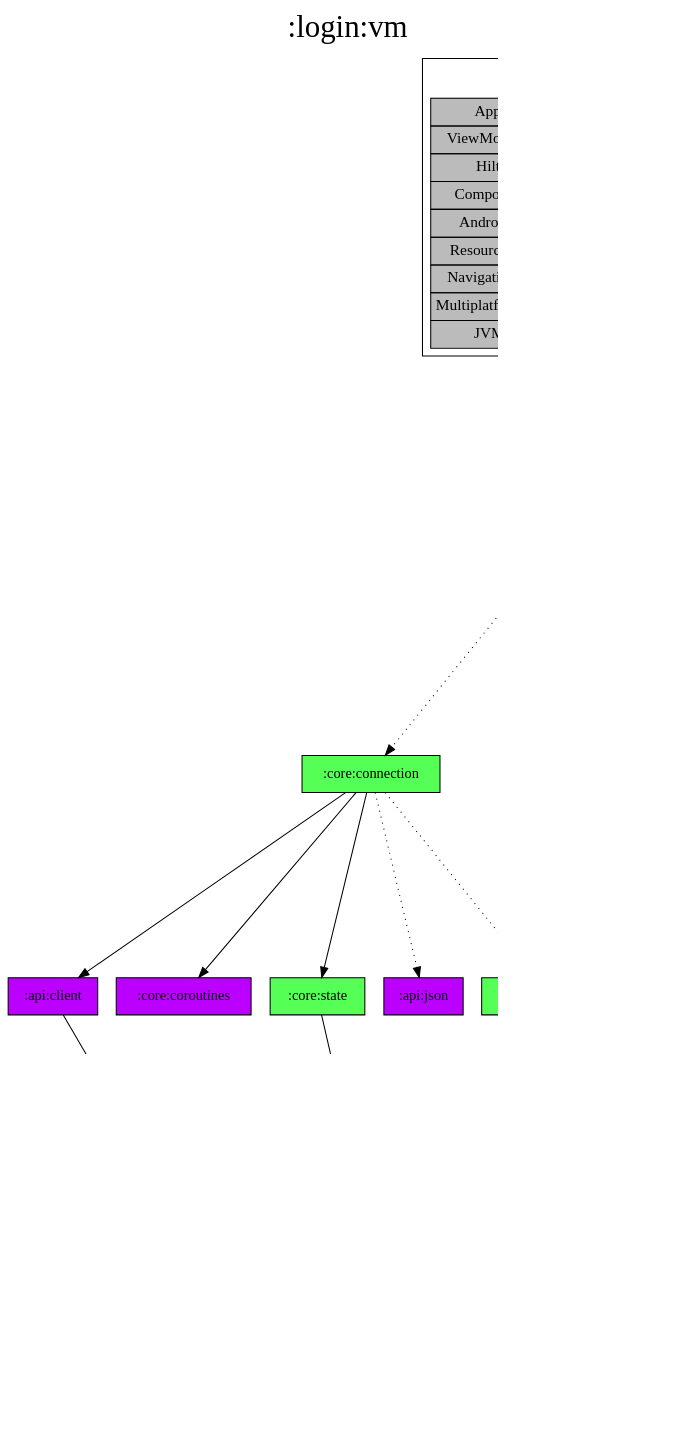
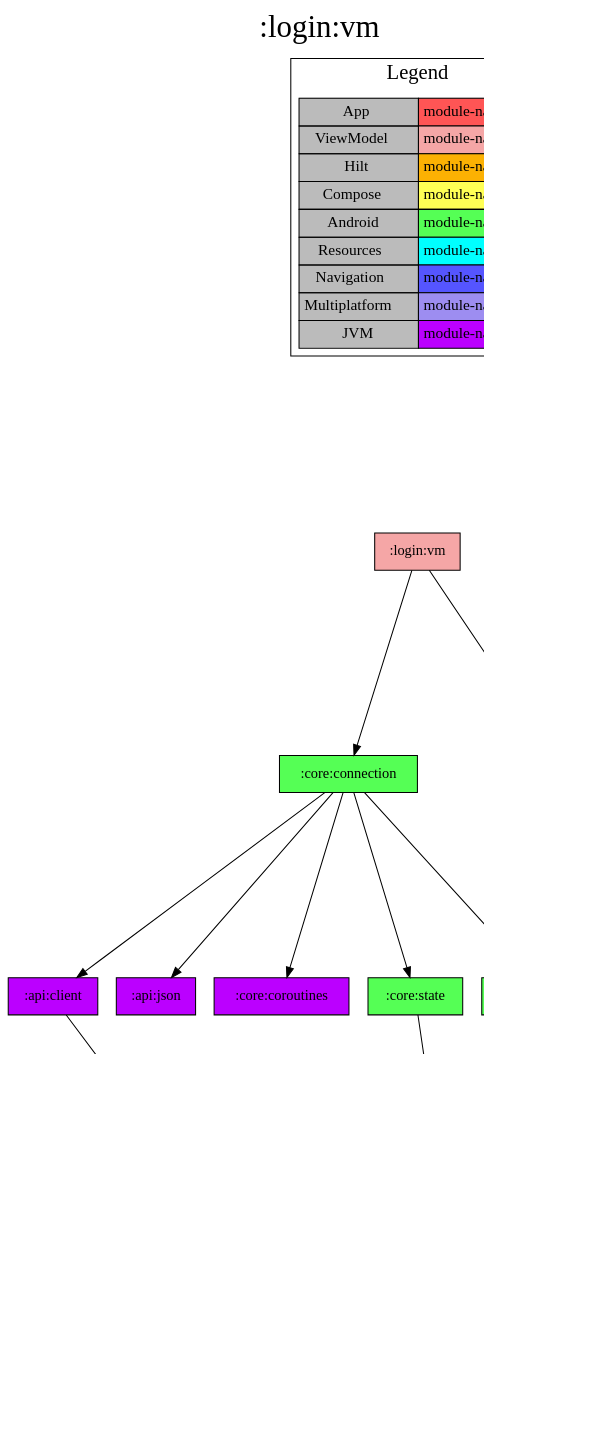
The diagram in modules/login/vm/project-dependency-graph.dot (jonapoul/aktual), drawn with Graphviz before and after one commit. The commit also changed 21 other files, not shown here.

```diff
--- a/modules/login/vm/project-dependency-graph.dot
+++ b/modules/login/vm/project-dependency-graph.dot
@@ -1,49 +1,48 @@
 digraph {
 edge ["dir"="forward"]
 graph ["dpi"="100","label"=":login:vm","labelloc"="t","fontsize"="30","ranksep"="2.5","rankdir"="TB"]
 node ["style"="filled"]
 ":login:vm" ["fillcolor"="#F5A6A6","shape"="box"]
 ":core:connection" ["fillcolor"="#55FF55","shape"="box"]
 ":api:client" ["fillcolor"="#BB00FF","shape"="box"]
 ":api:model" ["fillcolor"="#BB00FF","shape"="box"]
 ":core:model" ["fillcolor"="#BB00FF","shape"="box"]
+":api:json" ["fillcolor"="#BB00FF","shape"="box"]
 ":core:coroutines" ["fillcolor"="#BB00FF","shape"="box"]
 ":core:state" ["fillcolor"="#55FF55","shape"="box"]
-":api:json" ["fillcolor"="#BB00FF","shape"="box"]
 ":serverUrl:prefs" ["fillcolor"="#55FF55","shape"="box"]
 ":login:prefs" ["fillcolor"="#BB00FF","shape"="box"]
 {
 edge ["dir"="none"]
 graph ["rank"="same"]
 }
-":login:vm" -> ":core:connection" ["style"="dotted"]
-":login:vm" -> ":login:prefs" ["style"="dotted"]
-":login:vm" -> ":serverUrl:prefs" ["style"="dotted"]
+":login:vm" -> ":core:connection"
+":login:vm" -> ":login:prefs"
 ":core:connection" -> ":api:client"
+":core:connection" -> ":api:json"
 ":core:connection" -> ":core:coroutines"
 ":core:connection" -> ":core:state"
-":core:connection" -> ":api:json" ["style"="dotted"]
-":core:connection" -> ":serverUrl:prefs" ["style"="dotted"]
+":core:connection" -> ":serverUrl:prefs"
 ":api:client" -> ":api:model"
 ":api:model" -> ":core:model"
 ":core:state" -> ":core:model"
 ":serverUrl:prefs" -> ":core:model"
 ":login:prefs" -> ":core:model"
 subgraph "cluster_legend" {
 edge ["dir"="none"]
 graph ["label"="Legend","fontsize"="20"]
 "Legend" ["style"="filled","fillcolor"="#bbbbbb","shape"="none","margin"="0","fontsize"="15","label"=<
 <TABLE BORDER="0" CELLBORDER="1" CELLSPACING="0" CELLPADDING="4">
 <TR><TD>App</TD><TD BGCOLOR="#FF5555">module-name</TD></TR>
 <TR><TD>ViewModel</TD><TD BGCOLOR="#F5A6A6">module-name</TD></TR>
 <TR><TD>Hilt</TD><TD BGCOLOR="#FCB103">module-name</TD></TR>
 <TR><TD>Compose</TD><TD BGCOLOR="#FFFF55">module-name</TD></TR>
 <TR><TD>Android</TD><TD BGCOLOR="#55FF55">module-name</TD></TR>
 <TR><TD>Resources</TD><TD BGCOLOR="#00FFFF">module-name</TD></TR>
 <TR><TD>Navigation</TD><TD BGCOLOR="#5555FF">module-name</TD></TR>
 <TR><TD>Multiplatform</TD><TD BGCOLOR="#9D8DF1">module-name</TD></TR>
 <TR><TD>JVM</TD><TD BGCOLOR="#BB00FF">module-name</TD></TR>
 </TABLE>
 >]
 } -> ":login:vm" ["style"="invis"]
 }
```
